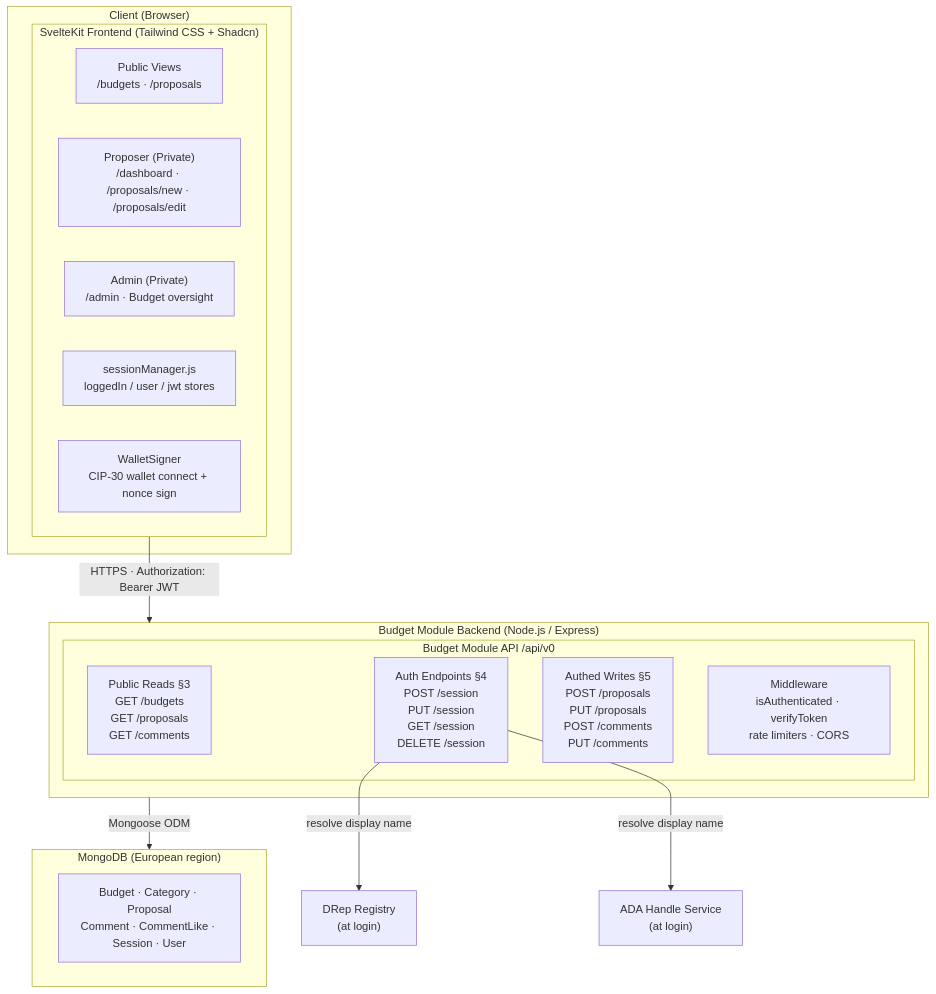
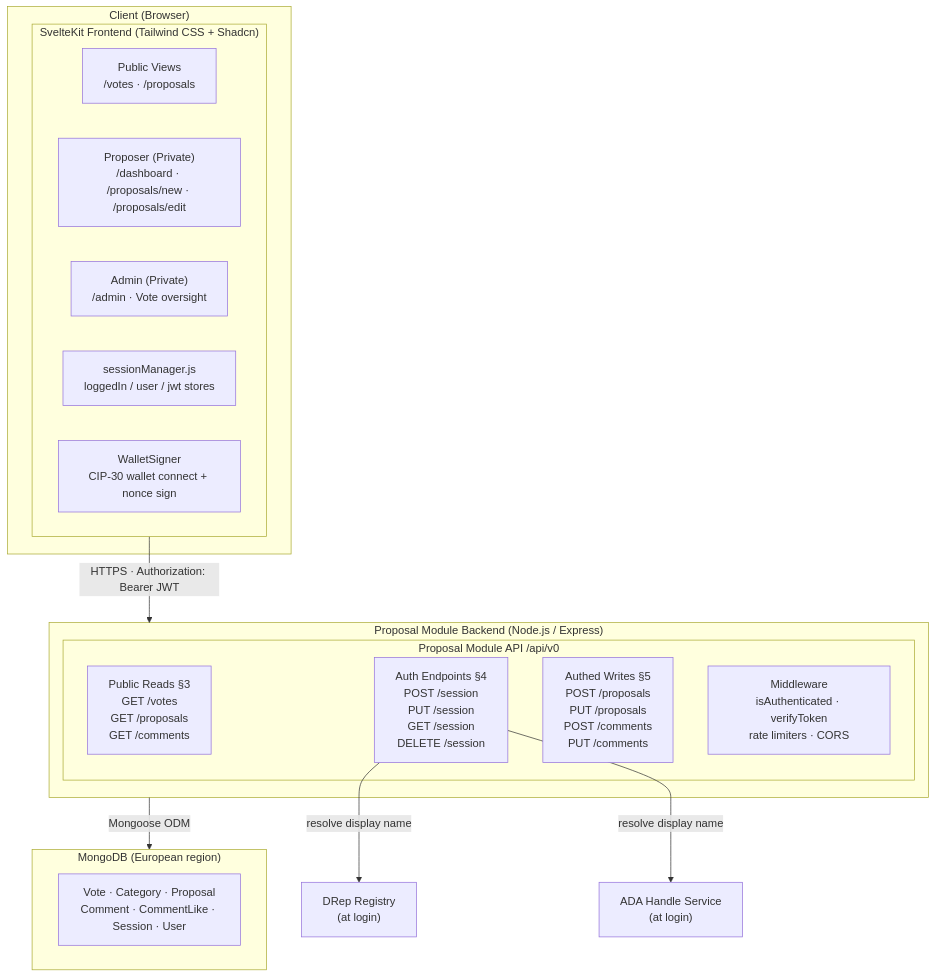
Before and after one commit to lerna-labs/ekklesia-proposal-module: the first of 5 diagrams in docs/system-architecture.md, drawn with Mermaid. The commit also changed other lines of this file and 8 other files, not shown here.

Commit message:
A host of updates to align this branch with main and manage renaming from "Budgets" to "Votes" to future-proof the platform against other use cases beyond budgeting.

````diff
--- a/docs/system-architecture.md
+++ b/docs/system-architecture.md
@@ -296,33 +296,33 @@
 ```mermaid
 flowchart TD
     subgraph Browser["Client (Browser)"]
         subgraph Frontend["SvelteKit Frontend (Tailwind CSS + Shadcn)"]
-            PV["Public Views<br />/budgets · /proposals"]
+            PV["Public Views<br />/votes · /proposals"]
             PR["Proposer (Private)<br />/dashboard · /proposals/new · /proposals/edit"]
-            AD["Admin (Private)<br />/admin · Budget oversight"]
+            AD["Admin (Private)<br />/admin · Vote oversight"]
             SM["sessionManager.js<br />loggedIn / user / jwt stores"]
             WS["WalletSigner<br />CIP-30 wallet connect + nonce sign"]
         end
     end
 
-    subgraph Backend["Budget Module Backend (Node.js / Express)"]
-        subgraph API["Budget Module API  /api/v0"]
-            PUB["Public Reads §3<br />GET /budgets<br />GET /proposals<br />GET /comments"]
+    subgraph Backend["Proposal Module Backend (Node.js / Express)"]
+        subgraph API["Proposal Module API  /api/v0"]
+            PUB["Public Reads §3<br />GET /votes<br />GET /proposals<br />GET /comments"]
             AUTH["Auth Endpoints §4<br />POST /session<br />PUT /session<br />GET /session<br />DELETE /session"]
             WRITE["Authed Writes §5<br />POST /proposals<br />PUT /proposals<br />POST /comments<br />PUT /comments"]
             MW["Middleware<br />isAuthenticated · verifyToken<br />rate limiters · CORS"]
         end
     end
 
     subgraph DB["MongoDB (European region)"]
-        COL["Budget · Category · Proposal<br />Comment · CommentLike · Session · User"]
+        COL["Vote · Category · Proposal<br />Comment · CommentLike · Session · User"]
     end
 
     DREP["DRep Registry<br />(at login)"]
     HANDLE["ADA Handle Service<br />(at login)"]
 
     Frontend -->|"HTTPS · Authorization: Bearer JWT"| Backend
     Backend -->|"Mongoose ODM"| DB
     AUTH -->|"resolve display name"| DREP
     AUTH -->|"resolve display name"| HANDLE
 ```
````
